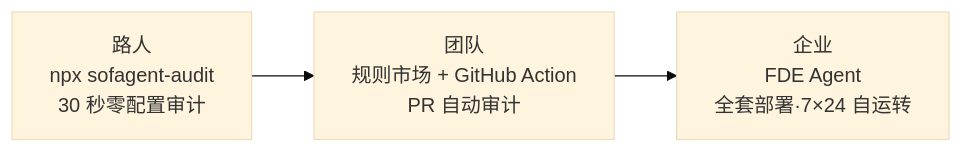
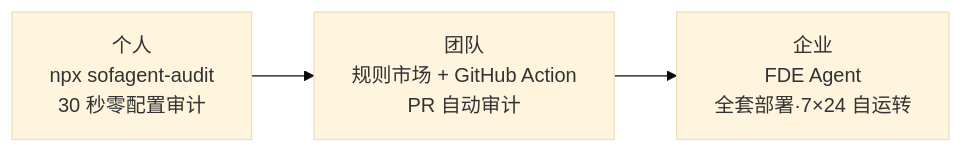
One commit to KongFangXun/sofagent changed the second of 2 diagrams in README.md. Above: the diagram before and after it, drawn with Mermaid (base theme). The commit also changed 1 other file, not shown here.

Commit message:
docs(readme): 路人→个人 + 英文 Passer-by→Individual

````diff
--- a/README.md
+++ b/README.md
@@ -113,5 +113,5 @@
 ```mermaid
 graph LR
-    A["路人<br/>npx sofagent-audit<br/>30 秒零配置审计"] --> B["团队<br/>规则市场 + GitHub Action<br/>PR 自动审计"]
+    A["个人<br/>npx sofagent-audit<br/>30 秒零配置审计"] --> B["团队<br/>规则市场 + GitHub Action<br/>PR 自动审计"]
     B --> C["企业<br/>FDE Agent<br/>全套部署·7×24 自运转"]
 ```
````
